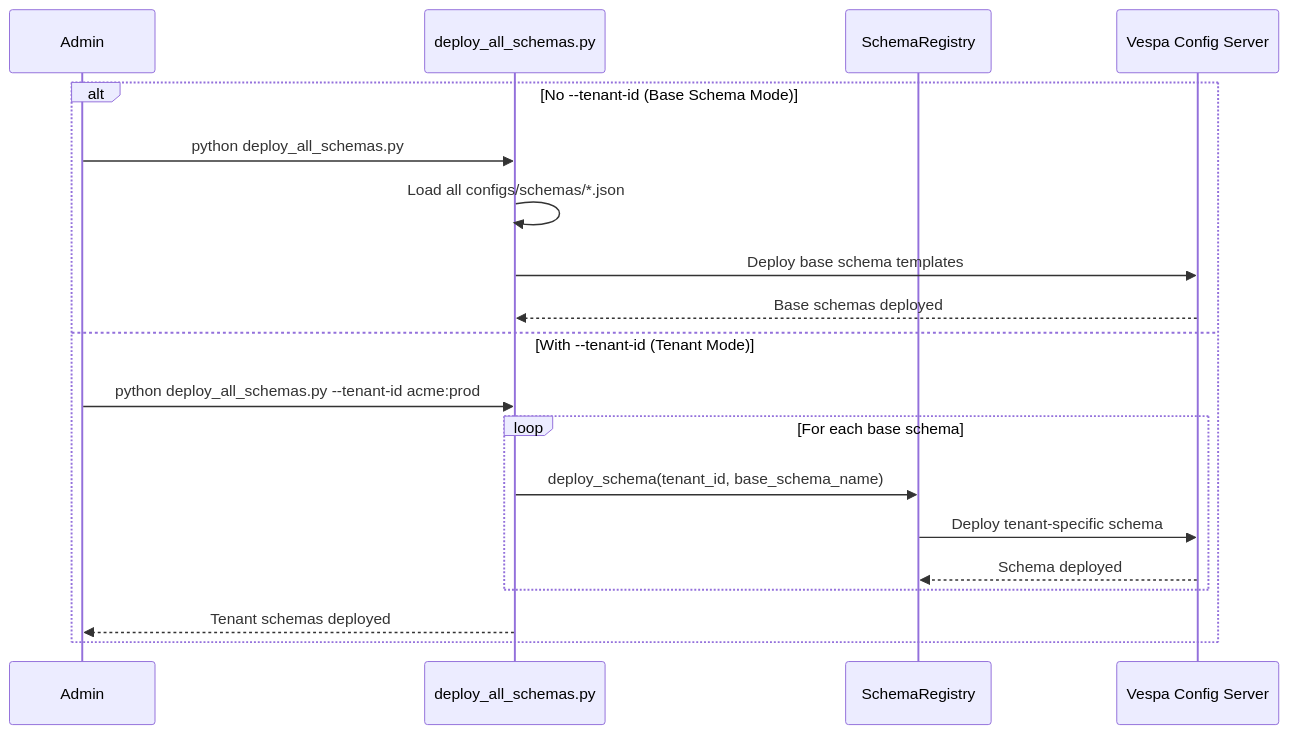
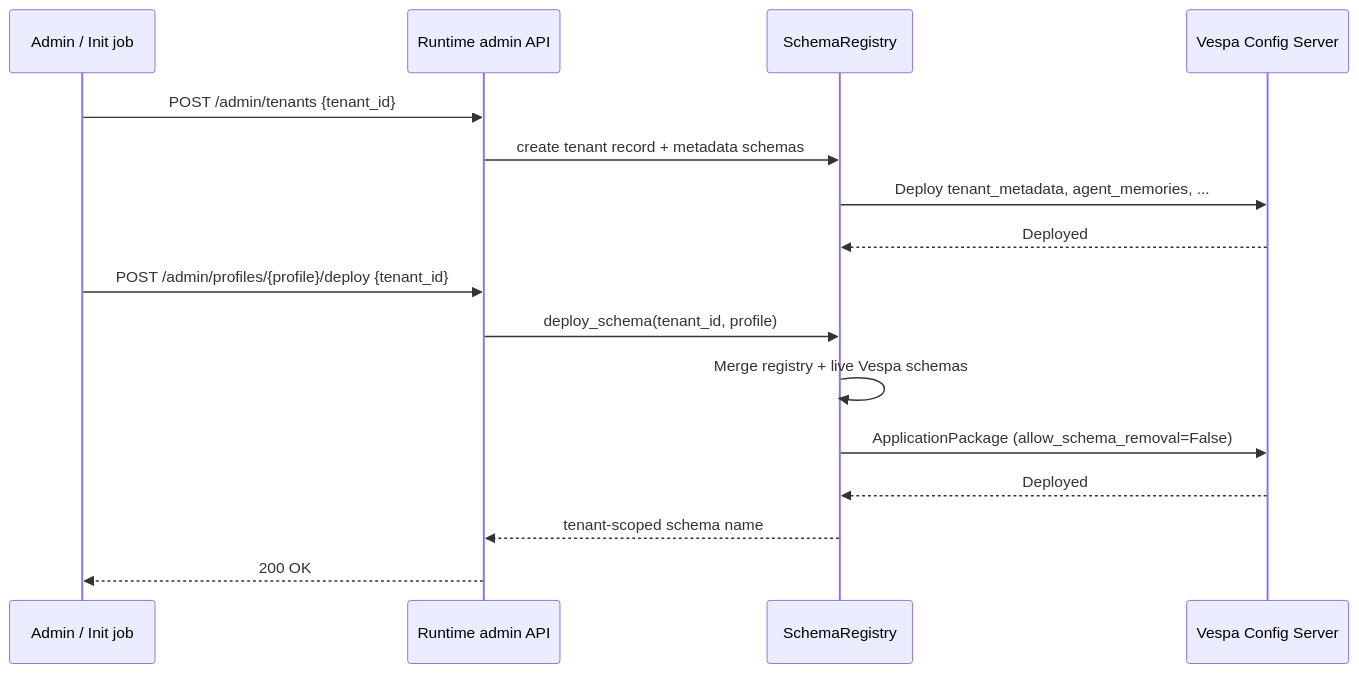
The fifth of 19 diagrams in docs/diagrams/multi-tenant-diagrams.md (amit-jain/cogniverse), drawn with Mermaid before and after one commit. The commit also changed other lines of this file and 5 other files, not shown here.

````diff
--- a/docs/diagrams/multi-tenant-diagrams.md
+++ b/docs/diagrams/multi-tenant-diagrams.md
@@ -236,22 +240,20 @@
 ```mermaid
 sequenceDiagram
-    participant Admin as Admin
-    participant Script as deploy_all_schemas.py
+    participant Admin as Admin / Init job
+    participant Runtime as Runtime admin API
     participant Registry as SchemaRegistry
     participant Vespa as Vespa Config Server
 
-    alt No --tenant-id (Base Schema Mode)
-        Admin->>Script: python deploy_all_schemas.py
-        Script->>Script: Load all configs/schemas/*.json
-        Script->>Vespa: Deploy base schema templates
-        Vespa-->>Script: Base schemas deployed
-    else With --tenant-id (Tenant Mode)
-        Admin->>Script: python deploy_all_schemas.py --tenant-id acme:prod
-        loop For each base schema
-            Script->>Registry: deploy_schema(tenant_id, base_schema_name)
-            Registry->>Vespa: Deploy tenant-specific schema
-            Vespa-->>Registry: Schema deployed
-        end
-        Script-->>Admin: Tenant schemas deployed
-    end
+    Admin->>Runtime: POST /admin/tenants {tenant_id}
+    Runtime->>Registry: create tenant record + metadata schemas
+    Registry->>Vespa: Deploy tenant_metadata, agent_memories, ...
+    Vespa-->>Registry: Deployed
+
+    Admin->>Runtime: POST /admin/profiles/{profile}/deploy {tenant_id}
+    Runtime->>Registry: deploy_schema(tenant_id, profile)
+    Registry->>Registry: Merge registry + live Vespa schemas
+    Registry->>Vespa: ApplicationPackage (allow_schema_removal=False)
+    Vespa-->>Registry: Deployed
+    Registry-->>Runtime: tenant-scoped schema name
+    Runtime-->>Admin: 200 OK
 ```
````
